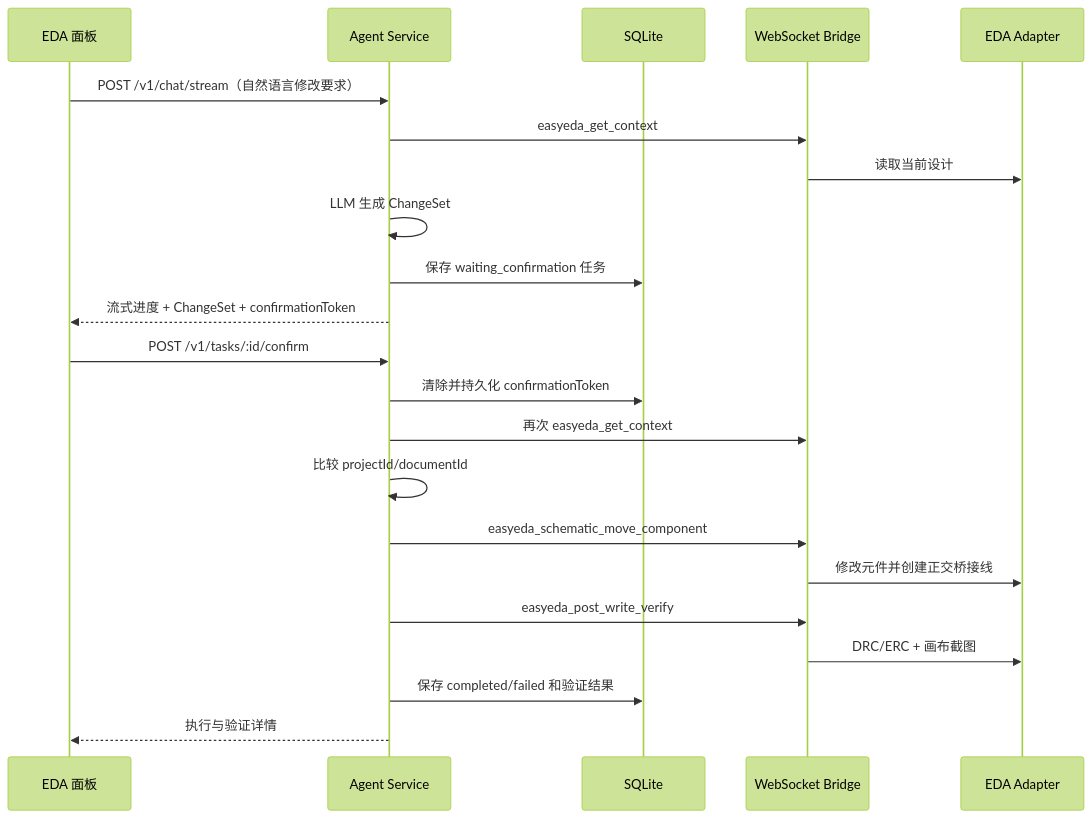
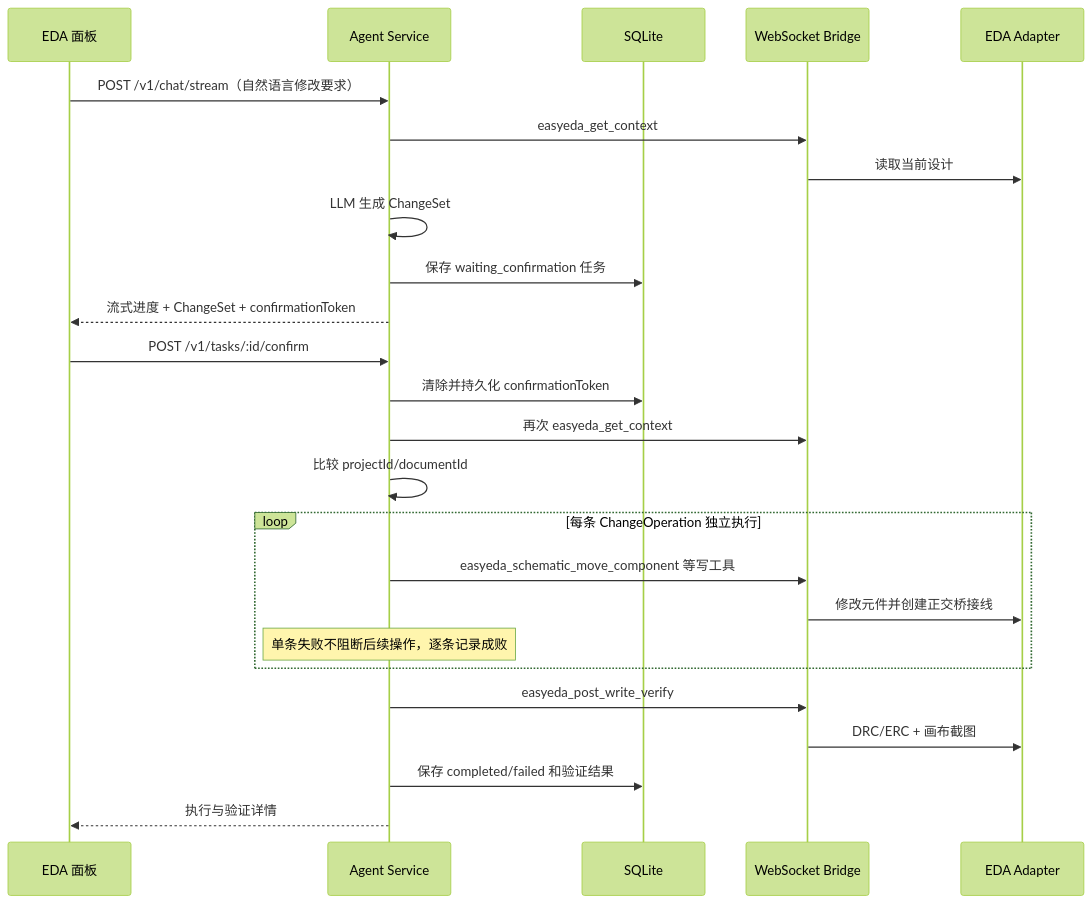
Before and after one commit to ferren/JLCircuit-Agent: the seventh of 9 diagrams in docs/current-architecture.md, drawn with Mermaid (forest theme). The commit also changed other lines of this file and 32 other files, not shown here.

First line of the commit message:
fix: batch move errors, inline write approval, and architecture updates

````diff
--- a/docs/current-architecture.md
+++ b/docs/current-architecture.md
@@ -603,25 +651,28 @@
 ```mermaid
 sequenceDiagram
     participant UI as EDA 面板
     participant Agent as Agent Service
     participant DB as SQLite
     participant Bridge as WebSocket Bridge
     participant EDA as EDA Adapter
 
     UI->>Agent: POST /v1/chat/stream（自然语言修改要求）
     Agent->>Bridge: easyeda_get_context
     Bridge->>EDA: 读取当前设计
     Agent->>Agent: LLM 生成 ChangeSet
     Agent->>DB: 保存 waiting_confirmation 任务
     Agent-->>UI: 流式进度 + ChangeSet + confirmationToken
     UI->>Agent: POST /v1/tasks/:id/confirm
     Agent->>DB: 清除并持久化 confirmationToken
     Agent->>Bridge: 再次 easyeda_get_context
     Agent->>Agent: 比较 projectId/documentId
-    Agent->>Bridge: easyeda_schematic_move_component
-    Bridge->>EDA: 修改元件并创建正交桥接线
+    loop 每条 ChangeOperation 独立执行
+        Agent->>Bridge: easyeda_schematic_move_component 等写工具
+        Bridge->>EDA: 修改元件并创建正交桥接线
+        Note over Agent: 单条失败不阻断后续操作，逐条记录成败
+    end
     Agent->>Bridge: easyeda_post_write_verify
     Bridge->>EDA: DRC/ERC + 画布截图
     Agent->>DB: 保存 completed/failed 和验证结果
     Agent-->>UI: 执行与验证详情
 ```
````
